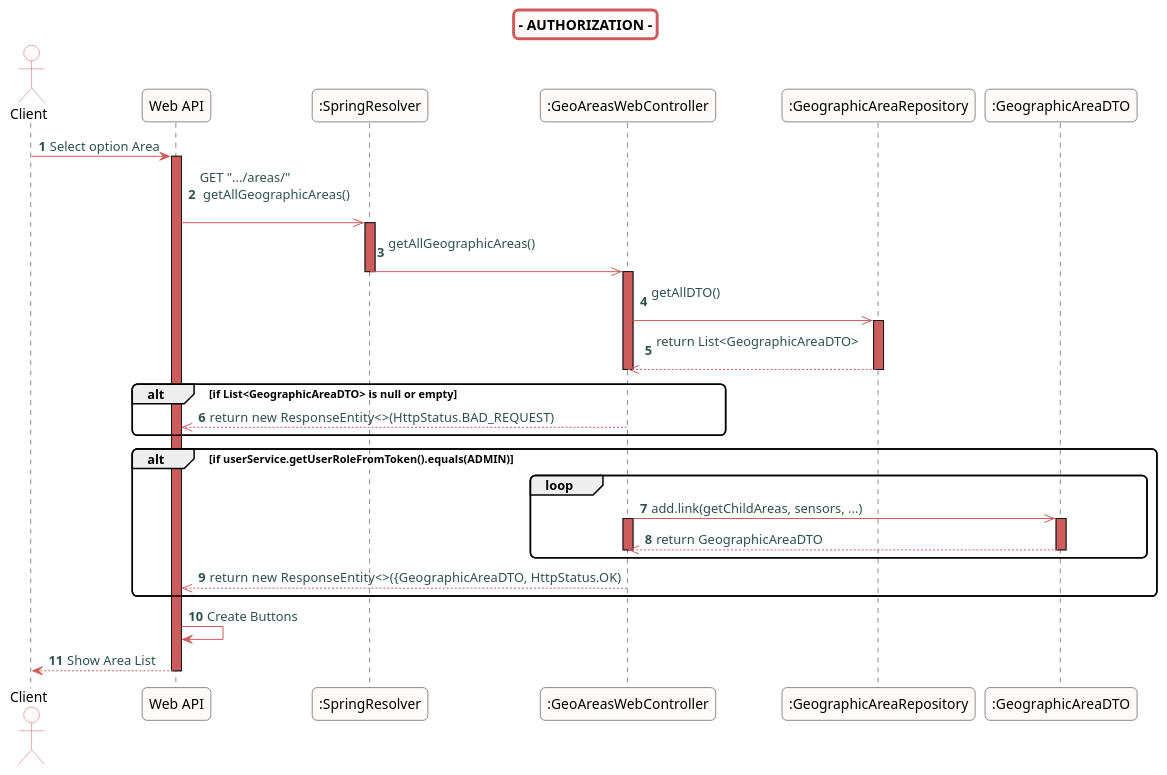
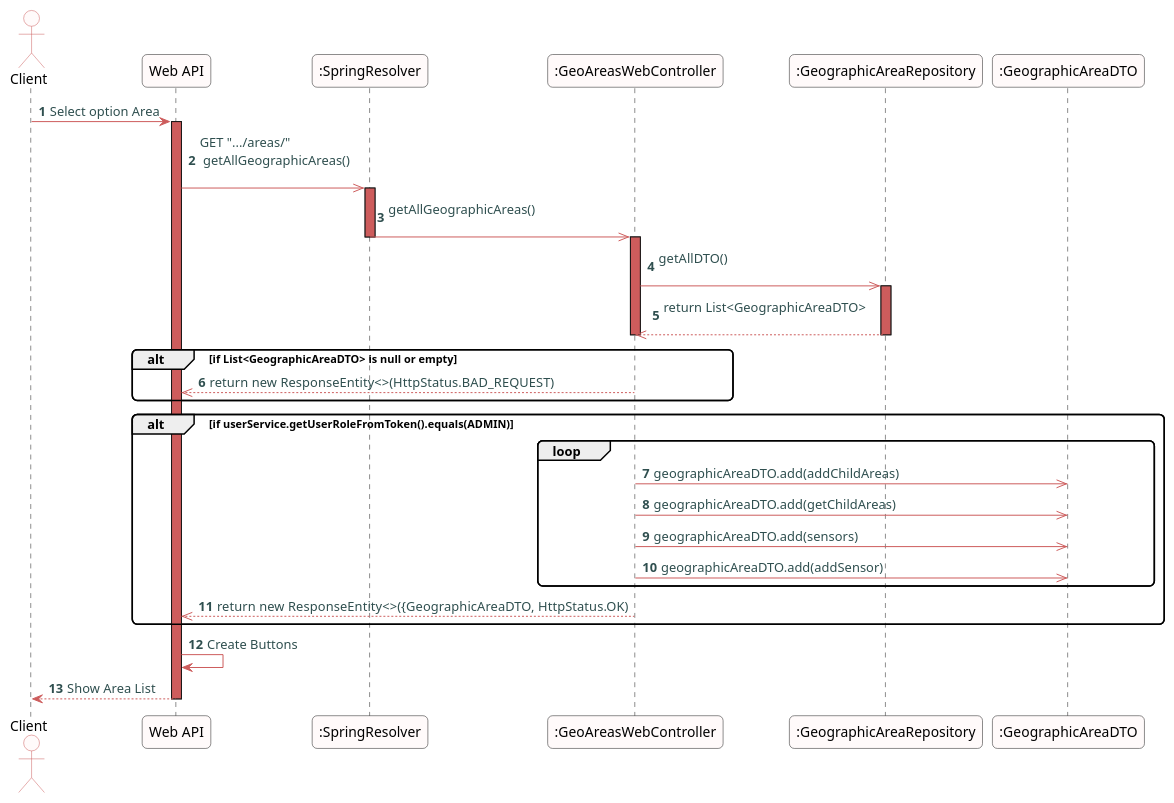
One commit to Almadanmp/frontend4 changed the diagram in src/doc/WEB_Controllers/GASettings/geListAreas_sd.puml. Above: the diagram before and after it, drawn with PlantUML.

Commit message:
geographic areas list sd: small corrections

```diff
--- a/src/doc/WEB_Controllers/GASettings/geListAreas_sd.puml
+++ b/src/doc/WEB_Controllers/GASettings/geListAreas_sd.puml
@@ -1,68 +1,64 @@
 @startuml
 skinparam titleBorderRoundCorner 10
 skinparam titleBorderThickness 3
 skinparam titleBorderColor indianred
 skinparam titleBackgroundColor snow
 skinparam FontName quicksand
 
 skinparam actor {
   BorderColor indianred
   backgroundColor Snow
   }
 
 skinparam sequence {
   LifeLineBackgroundColor indianred
   ParticipantBackgroundColor snow
 }
 
 skinparam roundcorner 10
 
 skinparam component {
   arrowThickness 1
   ArrowFontName Verdana
   ArrowColor indianred
   ArrowFontColor darkslategrey
 }
 
 
-title - AUTHORIZATION -
-
 autonumber
 
 actor "Client"
 
 "Client" -> "Web API": Select option Area
 
 activate "Web API"
 "Web API" ->> ":SpringResolver":  GET ".../areas/" \n getAllGeographicAreas() \n
 activate ":SpringResolver"
 ":SpringResolver" ->> ":GeoAreasWebController": getAllGeographicAreas() \n
 deactivate ":SpringResolver"
 activate ":GeoAreasWebController"
 ":GeoAreasWebController" ->> ":GeographicAreaRepository": getAllDTO() \n
 activate ":GeographicAreaRepository"
 ":GeographicAreaRepository" -->> ":GeoAreasWebController":  return List<GeographicAreaDTO> \n
 deactivate ":GeographicAreaRepository"
 deactivate ":GeoAreasWebController"
 alt if List<GeographicAreaDTO> is null or empty
 ":GeoAreasWebController" -->> "Web API": return  new ResponseEntity<>(HttpStatus.BAD_REQUEST)
 end
 
 
 alt if userService.getUserRoleFromToken().equals(ADMIN)
 loop
 
-":GeoAreasWebController" ->> ":GeographicAreaDTO": add.link(getChildAreas, sensors, ...)
-activate ":GeoAreasWebController"
-activate ":GeographicAreaDTO"
-":GeographicAreaDTO" -->> ":GeoAreasWebController": return GeographicAreaDTO
-deactivate ":GeographicAreaDTO"
-deactivate ":GeoAreasWebController"
+":GeoAreasWebController" ->> ":GeographicAreaDTO": geographicAreaDTO.add(addChildAreas)
+":GeoAreasWebController" ->> ":GeographicAreaDTO": geographicAreaDTO.add(getChildAreas)
+":GeoAreasWebController" ->> ":GeographicAreaDTO": geographicAreaDTO.add(sensors)
+":GeoAreasWebController" ->> ":GeographicAreaDTO": geographicAreaDTO.add(addSensor)
 end
 ":GeoAreasWebController" -->> "Web API": return  new ResponseEntity<>({GeographicAreaDTO, HttpStatus.OK)
 end
 "Web API" -> "Web API": Create Buttons
 "Web API" --> "Client": Show Area List
 deactivate "Web API"
 
 @enduml
```
